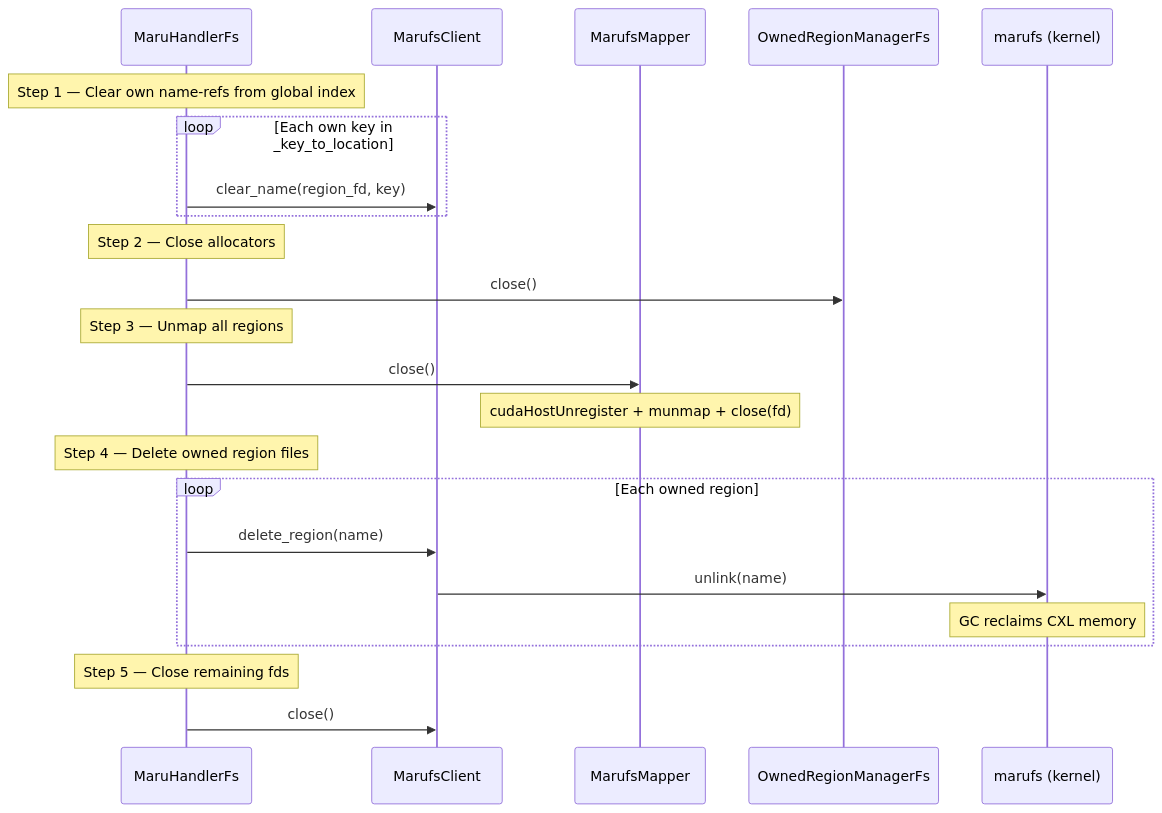
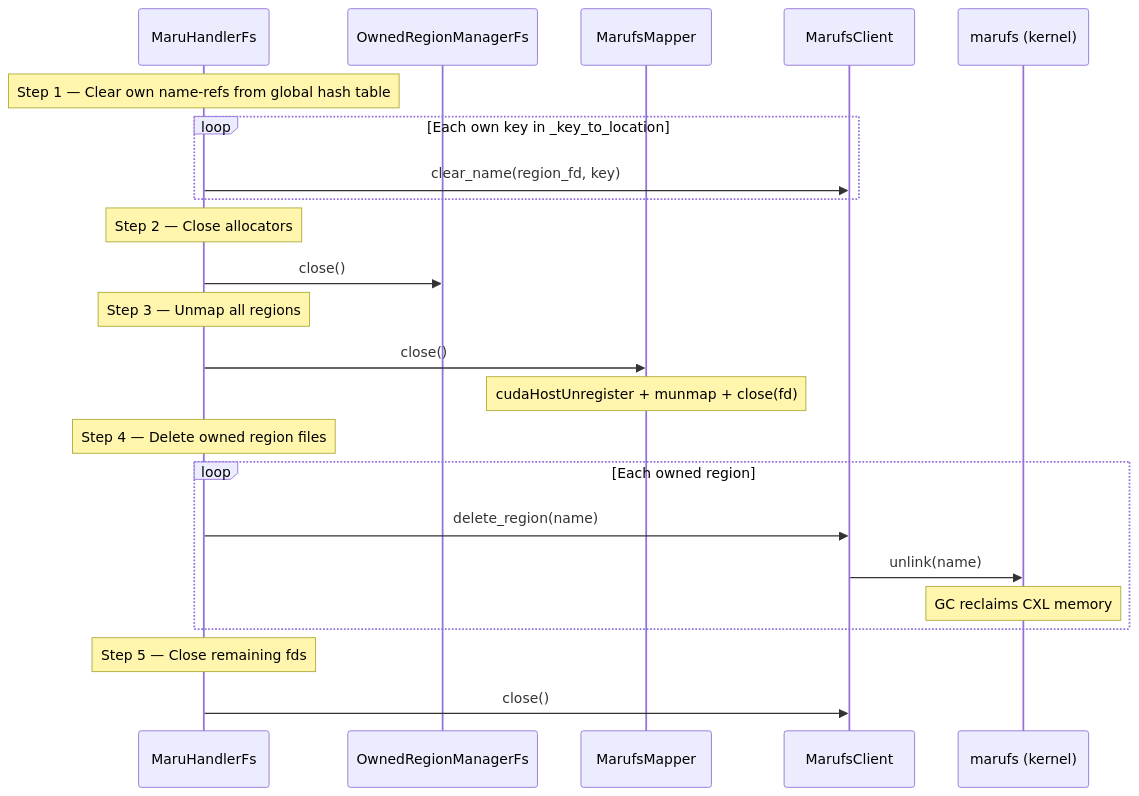
The fourth of 4 diagrams in docs/source/design_doc/maru_fs.md (xcena-dev/maru), drawn with Mermaid before and after one commit. The commit also changed other lines of this file and 1 other file, not shown here.

First line of the commit message:
docs: revamp marufs design doc — security-first motivation, unified terminology

````diff
--- a/docs/source/design_doc/maru_fs.md
+++ b/docs/source/design_doc/maru_fs.md
@@ -262,30 +227,30 @@
 ```mermaid
 sequenceDiagram
     participant H as MaruHandlerFs
+    participant ORM as OwnedRegionManagerFs
+    participant XM as MarufsMapper
     participant XC as MarufsClient
-    participant XM as MarufsMapper
-    participant ORM as OwnedRegionManagerFs
     participant K as marufs (kernel)
 
-    Note over H: Step 1 — Clear own name-refs from global index
+    Note over H: Step 1 — Clear own name-refs from global hash table
     loop Each own key in _key_to_location
         H->>XC: clear_name(region_fd, key)
     end
 
     Note over H: Step 2 — Close allocators
     H->>ORM: close()
 
     Note over H: Step 3 — Unmap all regions
     H->>XM: close()
     Note over XM: cudaHostUnregister + munmap + close(fd)
 
     Note over H: Step 4 — Delete owned region files
     loop Each owned region
         H->>XC: delete_region(name)
         XC->>K: unlink(name)
         Note over K: GC reclaims CXL memory
     end
 
     Note over H: Step 5 — Close remaining fds
     H->>XC: close()
 ```
````
